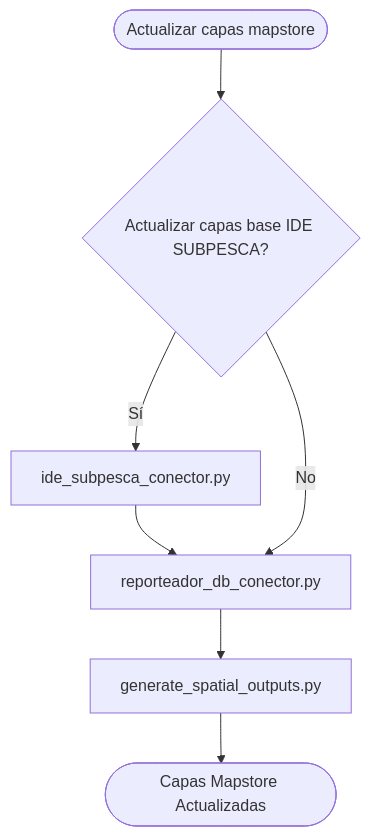
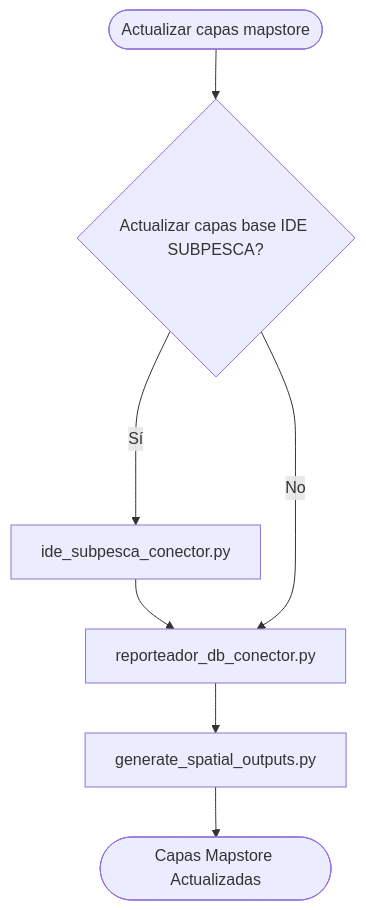
Before and after one commit to matiescudero/reporteador_db_conector: the diagram in README.md, drawn with Mermaid. The commit also changed other lines of this file, not shown here.

````diff
--- a/README.md
+++ b/README.md
@@ -12,9 +9,9 @@
 ```mermaid
 flowchart TD
   A([Actualizar capas mapstore]) --> B{Actualizar capas base IDE SUBPESCA?};
   B -- Sí --> C[ide_subpesca_conector.py];
   C --> D[reporteador_db_conector.py];
-  B -- No --> D;
+  B -- No ----> D;
   D --> F[generate_spatial_outputs.py];
   F --> G([Capas Mapstore Actualizadas]);
 ```
````
